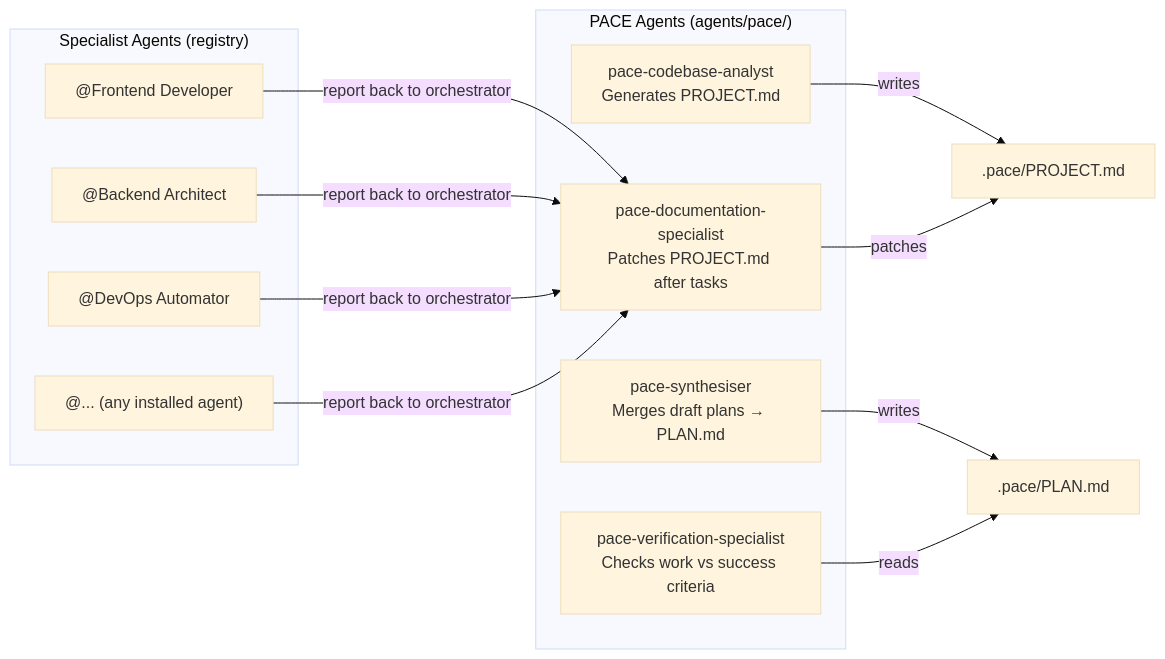
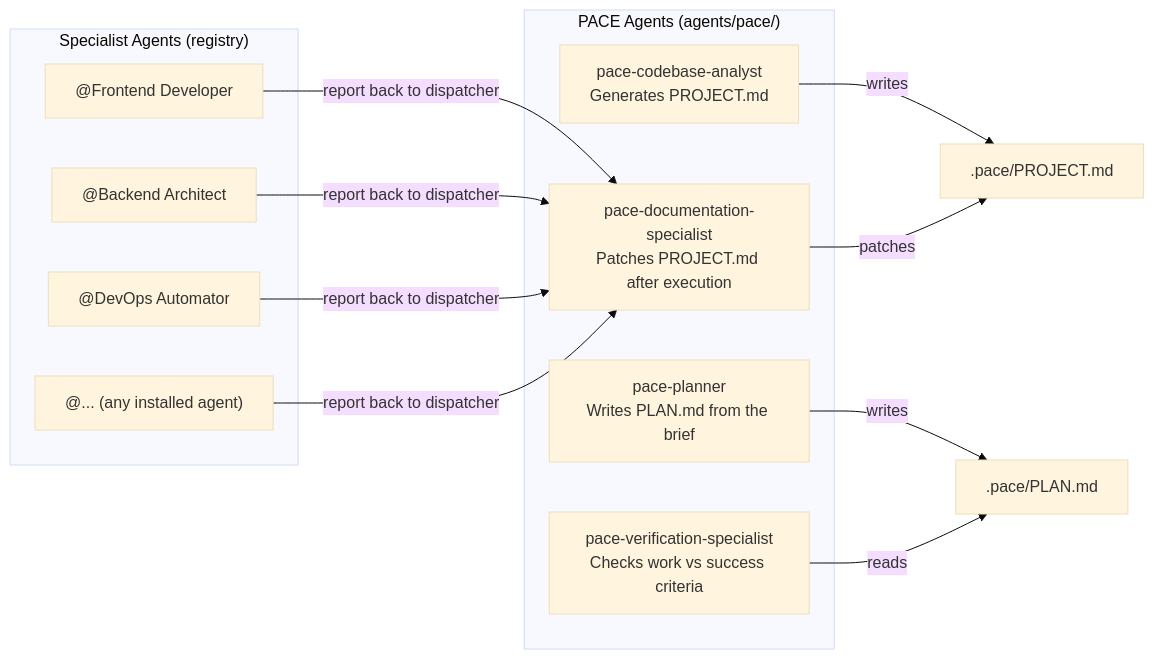
One commit to jwprichard/pace changed the second of 6 diagrams in docs/architecture.md. Above: the diagram before and after it, drawn with Mermaid (base theme). The commit also changed other lines of this file and 17 other files, not shown here.

````diff
--- a/docs/architecture.md
+++ b/docs/architecture.md
@@ -45,23 +45,23 @@
 ```mermaid
 flowchart LR
     subgraph pace-agents["PACE Agents (agents/pace/)"]
         analyst["pace-codebase-analyst\nGenerates PROJECT.md"]
-        synthesiser["pace-synthesiser\nMerges draft plans → PLAN.md"]
-        docspec["pace-documentation-specialist\nPatches PROJECT.md after tasks"]
+        planner["pace-planner\nWrites PLAN.md from the brief"]
+        docspec["pace-documentation-specialist\nPatches PROJECT.md after execution"]
         verifier["pace-verification-specialist\nChecks work vs success criteria"]
     end
 
     subgraph specialists["Specialist Agents (registry)"]
         fe["@Frontend Developer"]
         be["@Backend Architect"]
         dv["@DevOps Automator"]
         etc["@... (any installed agent)"]
     end
 
     analyst -->|writes| project[".pace/PROJECT.md"]
-    synthesiser -->|writes| plan[".pace/PLAN.md"]
+    planner -->|writes| plan[".pace/PLAN.md"]
     docspec -->|patches| project
     verifier -->|reads| plan
 
-    fe & be & dv & etc -->|report back to orchestrator| docspec
+    fe & be & dv & etc -->|report back to dispatcher| docspec
 ```
````
